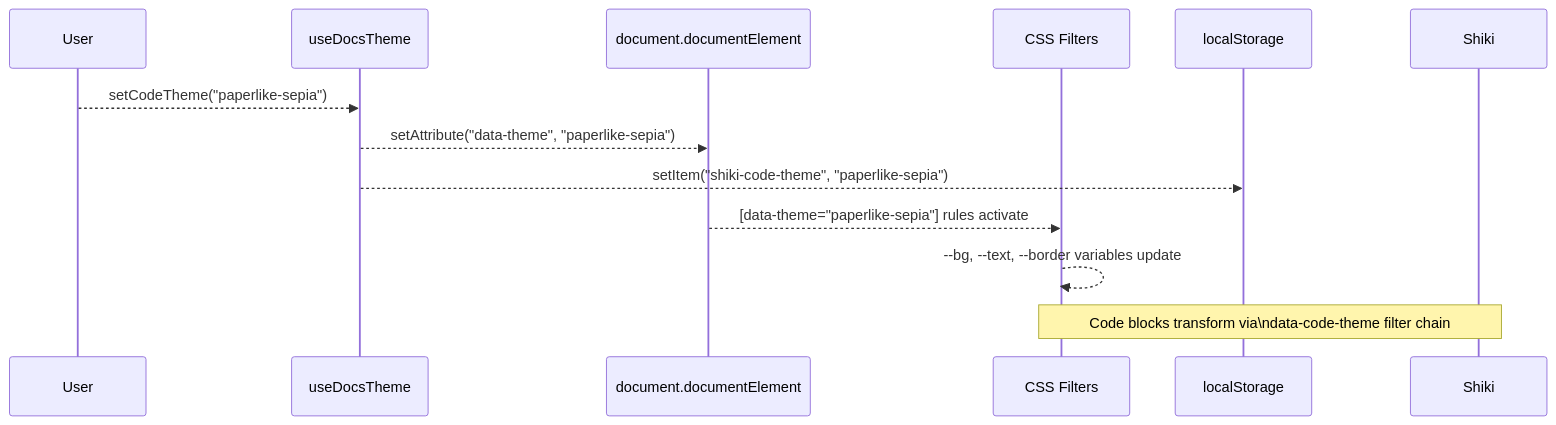
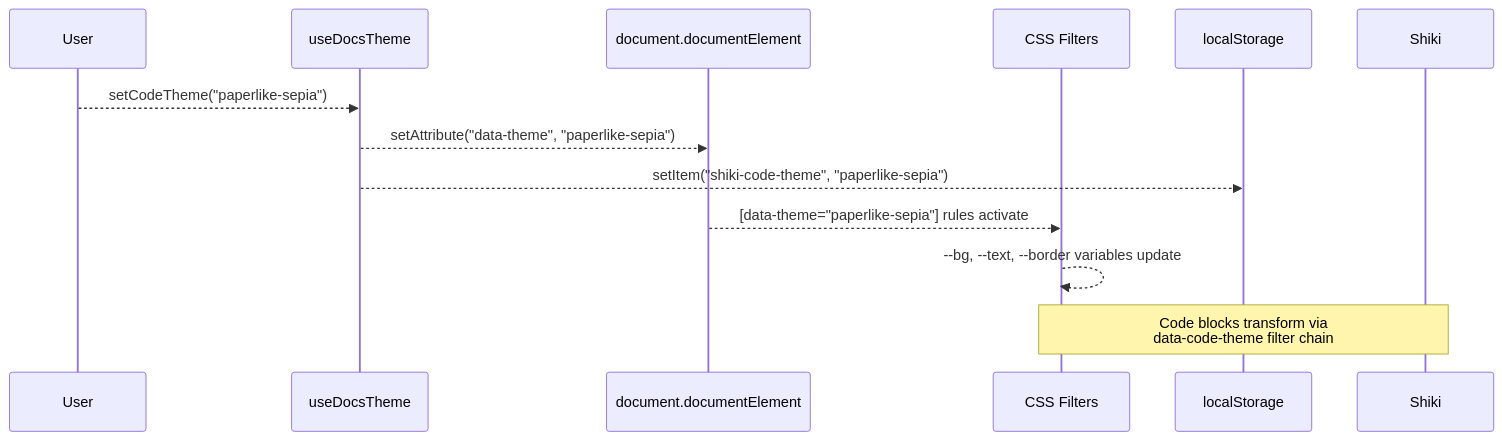
One commit to naranyala/naravisuals-web changed the second of 2 diagrams in docs/03-guides/02-css-theme-architecture.md. Above: the diagram before and after it, drawn with Mermaid. The commit also changed 44 other files, not shown here.

````diff
--- a/docs/03-guides/02-css-theme-architecture.md
+++ b/docs/03-guides/02-css-theme-architecture.md
@@ -98,15 +98,15 @@
 ```mermaid:desc=Theme switching sequence diagram
 sequenceDiagram
     participant User
     participant Hook as useDocsTheme
     participant DOM as document.documentElement
     participant CSS as CSS Filters
     participant LS as localStorage
 
     User-->>Hook: setCodeTheme("paperlike-sepia")
     Hook-->>DOM: setAttribute("data-theme", "paperlike-sepia")
     Hook-->>LS: setItem("shiki-code-theme", "paperlike-sepia")
     DOM-->>CSS: [data-theme="paperlike-sepia"] rules activate
     CSS-->>CSS: --bg, --text, --border variables update
-    Note over CSS,Shiki: Code blocks transform via\ndata-code-theme filter chain
+    Note over CSS,Shiki: Code blocks transform via<br/>data-code-theme filter chain
 ```
````
